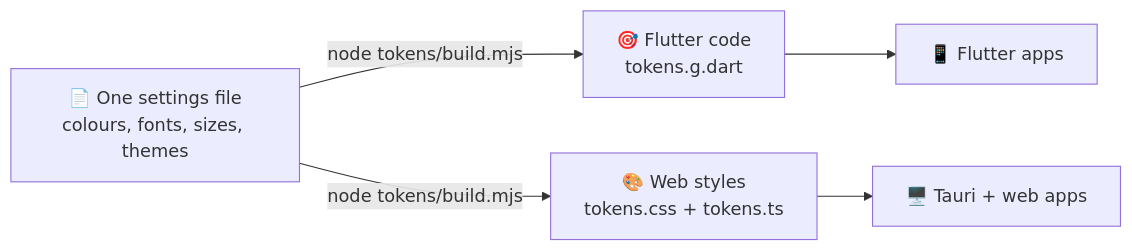
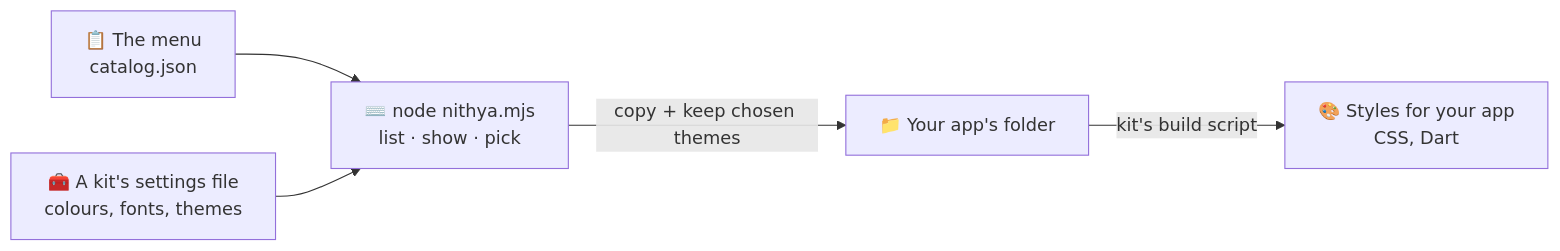
Before and after one commit to sudharamachandranrajeev/nithya: the diagram in README.md, drawn with Mermaid. The commit also changed other lines of this file and 181 other files, not shown here.

First line of the commit message:
Catalogue: kits, themes, components, patterns and a pick CLI

````diff
--- a/README.md
+++ b/README.md
@@ -91,7 +164,7 @@
 ```mermaid
 flowchart LR
-    T["📄 One settings file<br/>colours, fonts, sizes, themes"] -->|"node tokens/build.mjs"| F["🎯 Flutter code<br/>tokens.g.dart"]
-    T -->|"node tokens/build.mjs"| C["🎨 Web styles<br/>tokens.css + tokens.ts"]
-    F --> A["📱 Flutter apps"]
-    C --> W["🖥️ Tauri + web apps"]
+    M["📋 The menu<br/>catalog.json"] --> C["⌨️ node nithya.mjs<br/>list · show · pick"]
+    K["🧰 A kit's settings file<br/>colours, fonts, themes"] --> C
+    C -->|"copy + keep chosen themes"| A["📁 Your app's folder"]
+    A -->|"kit's build script"| S["🎨 Styles for your app<br/>CSS, Dart"]
 ```
````
